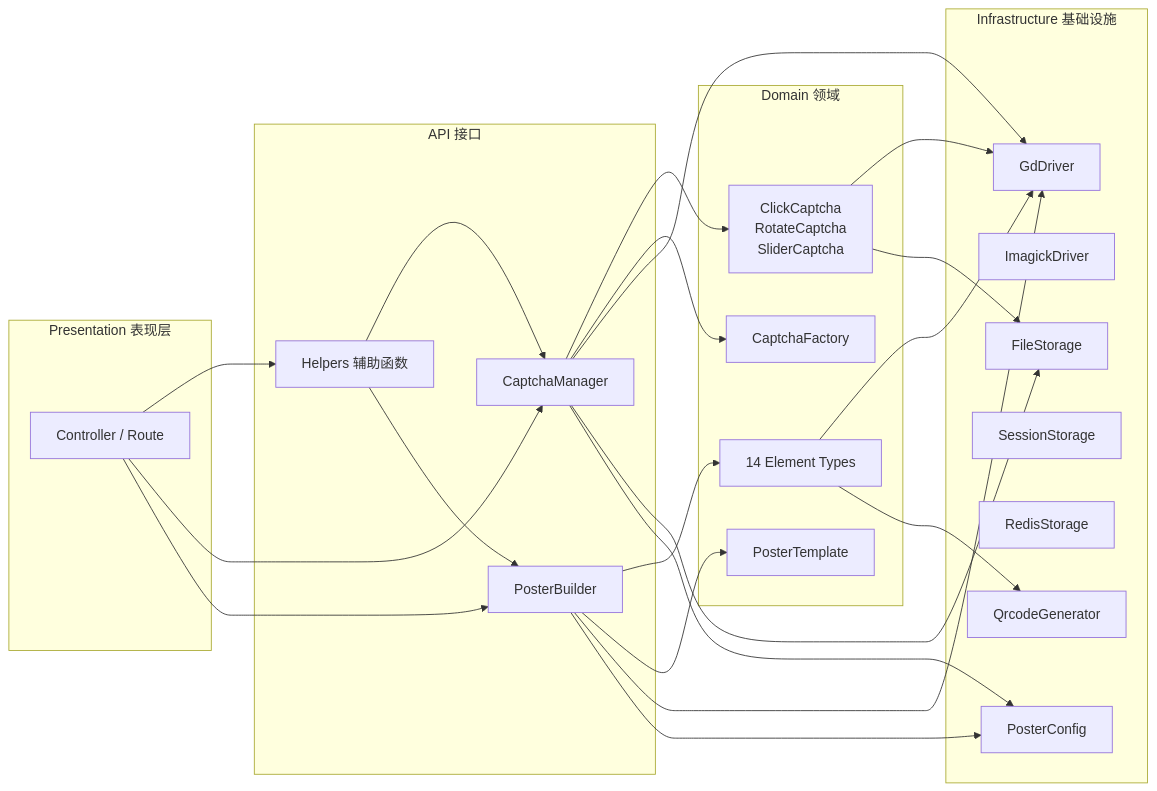
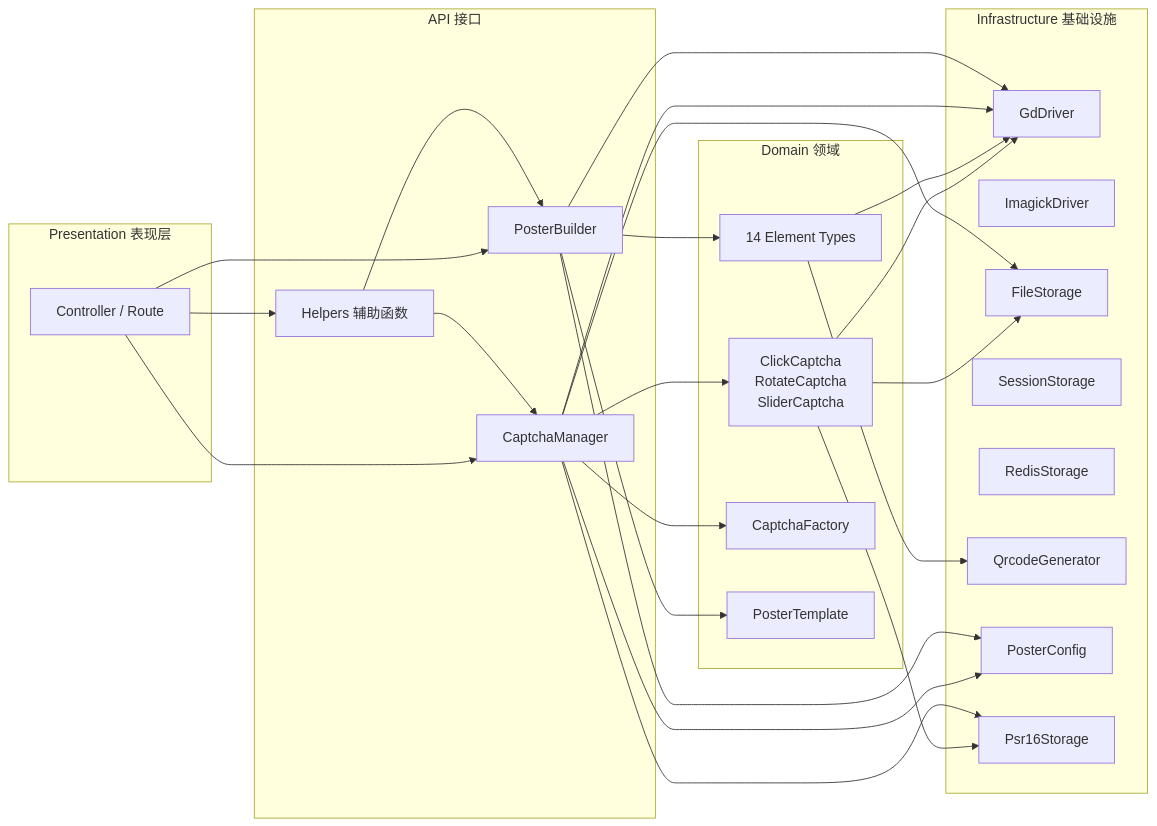
One commit to erikwang2013/poster-php changed the second of 11 diagrams in docs/architecture.md. Above: the diagram before and after it, drawn with Mermaid. The commit also changed other lines of this file and 24 other files, not shown here.

Commit message:
fix: 存储层并发与静默失效（FileStorage 加锁与原子写、Session 守卫、auto 探测缓存）+ feat: PSR-16 适配与 Laravel 图片端点

````diff
--- a/docs/architecture.md
+++ b/docs/architecture.md
@@ -58,53 +58,56 @@
 ```mermaid
 graph LR
     subgraph "Presentation 表现层"
         A1["Controller / Route"]
     end
 
     subgraph "API 接口"
         B1["Helpers 辅助函数"]
         B2["CaptchaManager"]
         B3["PosterBuilder"]
     end
 
     subgraph "Domain 领域"
         C1["ClickCaptcha<br/>RotateCaptcha<br/>SliderCaptcha"]
         C2["14 Element Types"]
         C3["CaptchaFactory"]
         C4["PosterTemplate"]
     end
 
     subgraph "Infrastructure 基础设施"
         D1["GdDriver"]
         D2["ImagickDriver"]
         D3["FileStorage"]
         D4["SessionStorage"]
         D5["RedisStorage"]
         D6["QrcodeGenerator"]
         D7["PosterConfig"]
+        D8["Psr16Storage"]
     end
 
     A1 --> B1
     A1 --> B2
     A1 --> B3
 
     B1 --> B2
     B1 --> B3
 
     B2 --> C1
     B2 --> C3
 
     B3 --> C2
     B3 --> C4
 
     C1 --> D1
     C1 --> D3
+    C1 --> D8
     C2 --> D1
     C2 --> D6
 
     B2 --> D1
     B2 --> D3
     B2 --> D7
+    B2 --> D8
     B3 --> D1
     B3 --> D7
 ```
````
